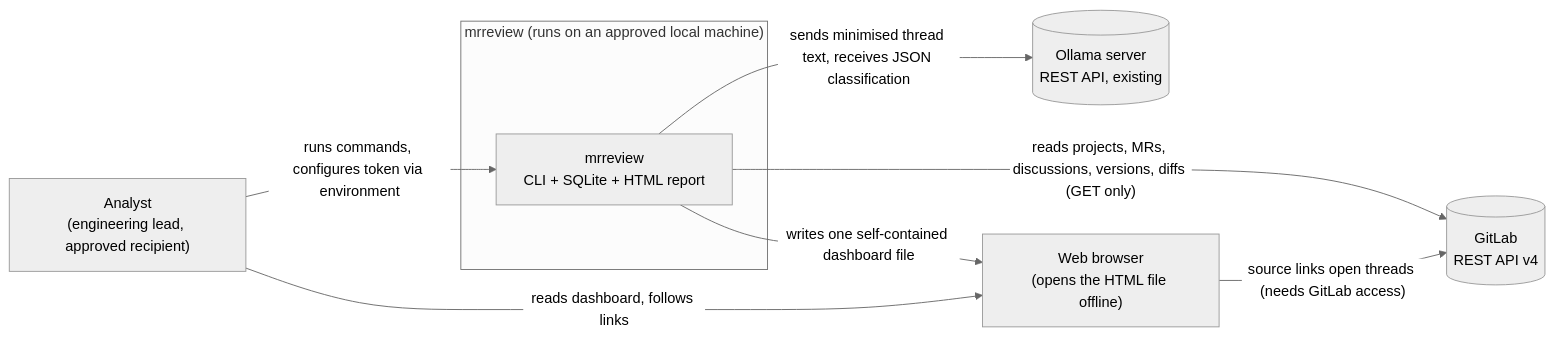
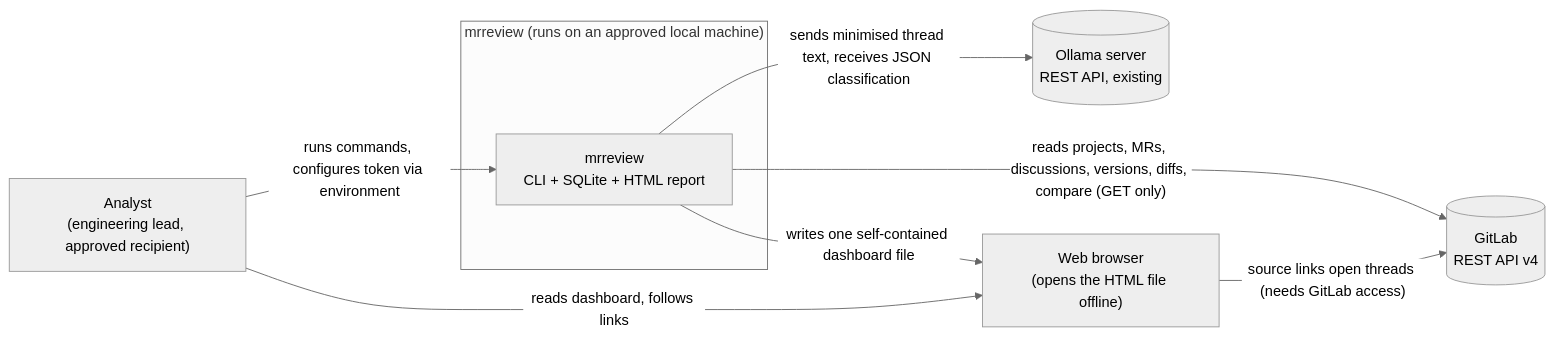
Before and after one commit to marcelpetrick/codingWithGPT: the first of 3 diagrams in 20261126_MR_reviewFeedbackEvaluation/docs/architecture.md, drawn with Mermaid (neutral theme). The commit also changed other lines of this file and 12 other files, not shown here.

````diff
--- a/20261126_MR_reviewFeedbackEvaluation/docs/architecture.md
+++ b/20261126_MR_reviewFeedbackEvaluation/docs/architecture.md
@@ -9,16 +9,16 @@
 ```mermaid
 flowchart LR
   analyst["Analyst<br/>(engineering lead, approved recipient)"]
   subgraph boundary["mrreview (runs on an approved local machine)"]
     sys["mrreview<br/>CLI + SQLite + HTML report"]
   end
   gitlab[("GitLab<br/>REST API v4")]
   ollama[("Ollama server<br/>REST API, existing")]
   browser["Web browser<br/>(opens the HTML file offline)"]
   analyst -- "runs commands, configures token via environment" --> sys
-  sys -- "reads projects, MRs, discussions, versions, diffs (GET only)" --> gitlab
+  sys -- "reads projects, MRs, discussions, versions, diffs, compare (GET only)" --> gitlab
   sys -- "sends minimised thread text, receives JSON classification" --> ollama
   sys -- "writes one self-contained dashboard file" --> browser
   analyst -- "reads dashboard, follows links" --> browser
   browser -- "source links open threads (needs GitLab access)" --> gitlab
 ```
````
